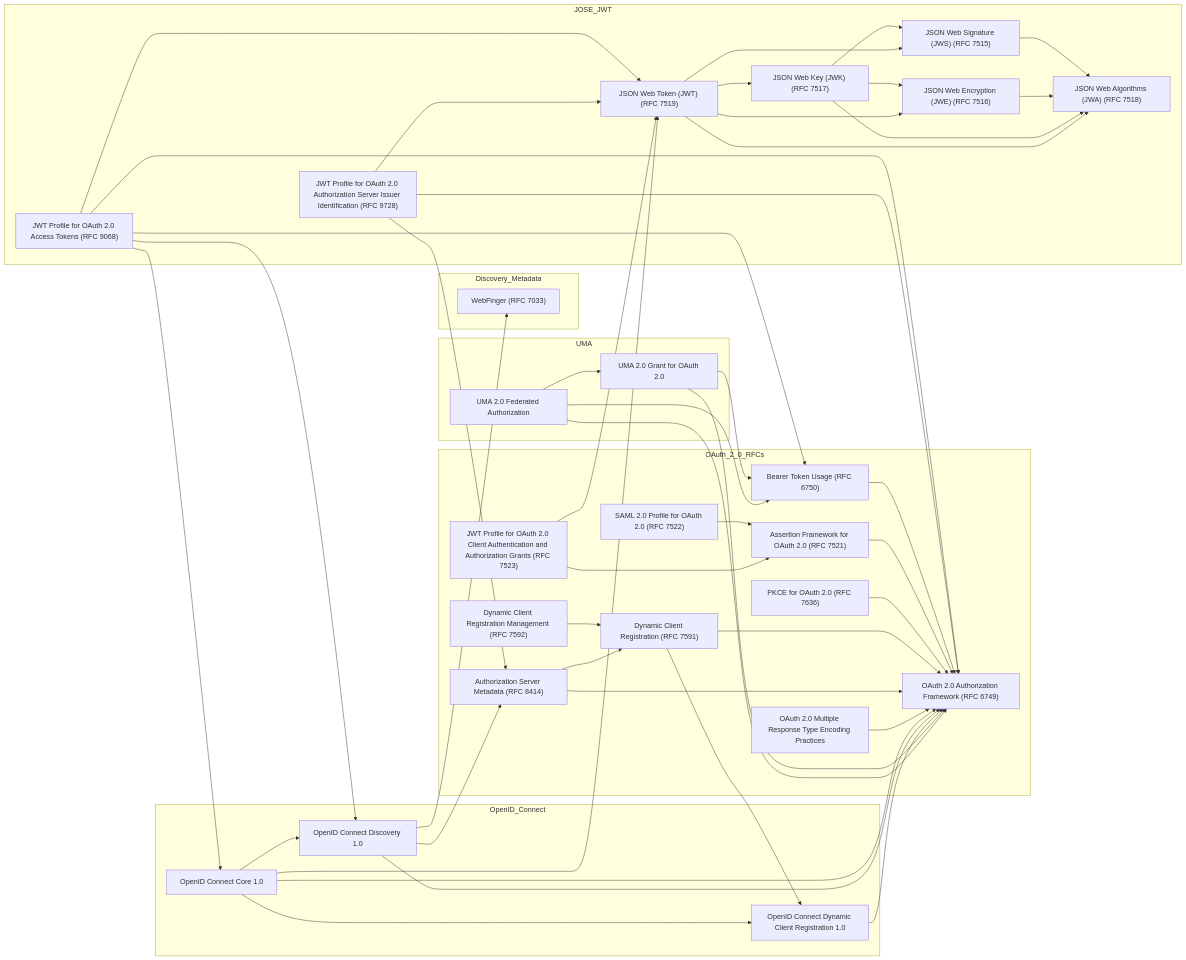
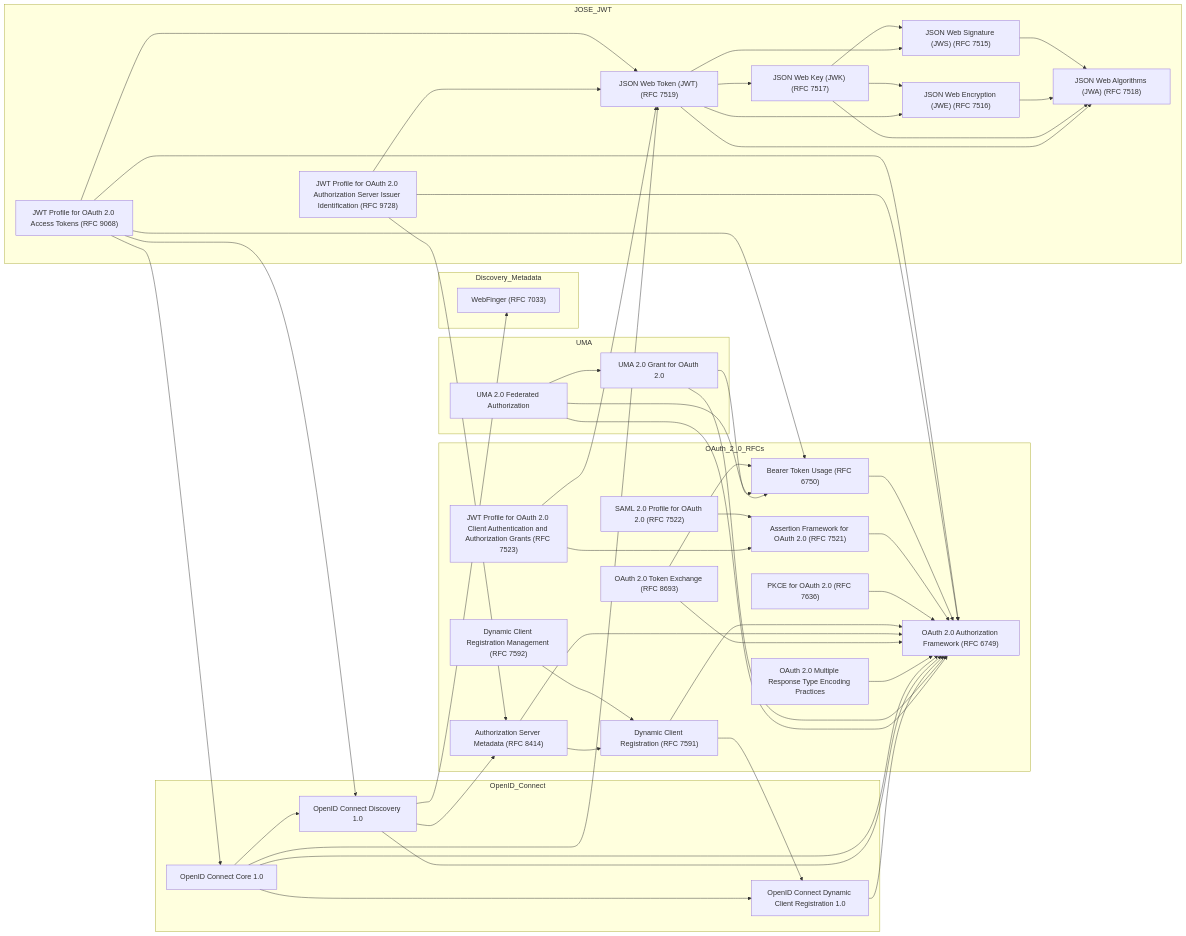
One commit to ryanspletzer/oidc-oauth-spec-graph changed the diagram in graph.md. Above: the diagram before and after it, drawn with Mermaid. The commit also changed 1 other file, not shown here.

Commit message:
Adds RFC 8693 OAuth 2.0 Token Exchange to documentation
Includes the OAuth 2.0 Token Exchange specification in both the README and graph visualization to provide comprehensive coverage of token delegation and impersonation scenarios.

Establishes proper dependencies showing how RFC 8693 builds upon the core OAuth 2.0 framework and Bearer Token usage patterns.

```diff
--- a/graph.md
+++ b/graph.md
@@ -21,6 +21,7 @@
     RFC7591["Dynamic Client Registration (RFC 7591)"]
     RFC7592["Dynamic Client Registration Management (RFC 7592)"]
     RFC8414["Authorization Server Metadata (RFC 8414)"]
+    RFC8693["OAuth 2.0 Token Exchange (RFC 8693)"]
     OAuth2_MultiResp["OAuth 2.0 Multiple Response Type Encoding Practices"]
   end
 
@@ -57,6 +58,8 @@
   RFC7592 --> RFC7591
   RFC8414 --> RFC6749
   RFC8414 --> RFC7591
+  RFC8693 --> RFC6749
+  RFC8693 --> RFC6750
   OAuth2_MultiResp --> RFC6749
 
   %% ---- Edges: OIDC depending on OAuth / JWT ----
@@ -118,6 +121,7 @@
   click RFC7591 "https://datatracker.ietf.org/doc/html/rfc7591" "Dynamic Client Registration (RFC 7591)"
   click RFC7592 "https://datatracker.ietf.org/doc/html/rfc7592" "Dynamic Client Registration Management (RFC 7592)"
   click RFC8414 "https://datatracker.ietf.org/doc/html/rfc8414" "Authorization Server Metadata (RFC 8414)"
+  click RFC8693 "https://datatracker.ietf.org/doc/html/rfc8693" "OAuth 2.0 Token Exchange (RFC 8693)"
   click OAuth2_MultiResp "https://openid.net/specs/oauth-v2-multiple-response-types-1_0.html" "OAuth 2.0 Multiple Response Type Encoding Practices"
 
   click RFC7515 "https://datatracker.ietf.org/doc/html/rfc7515" "JSON Web Signature (JWS) (RFC 7515)"
```
